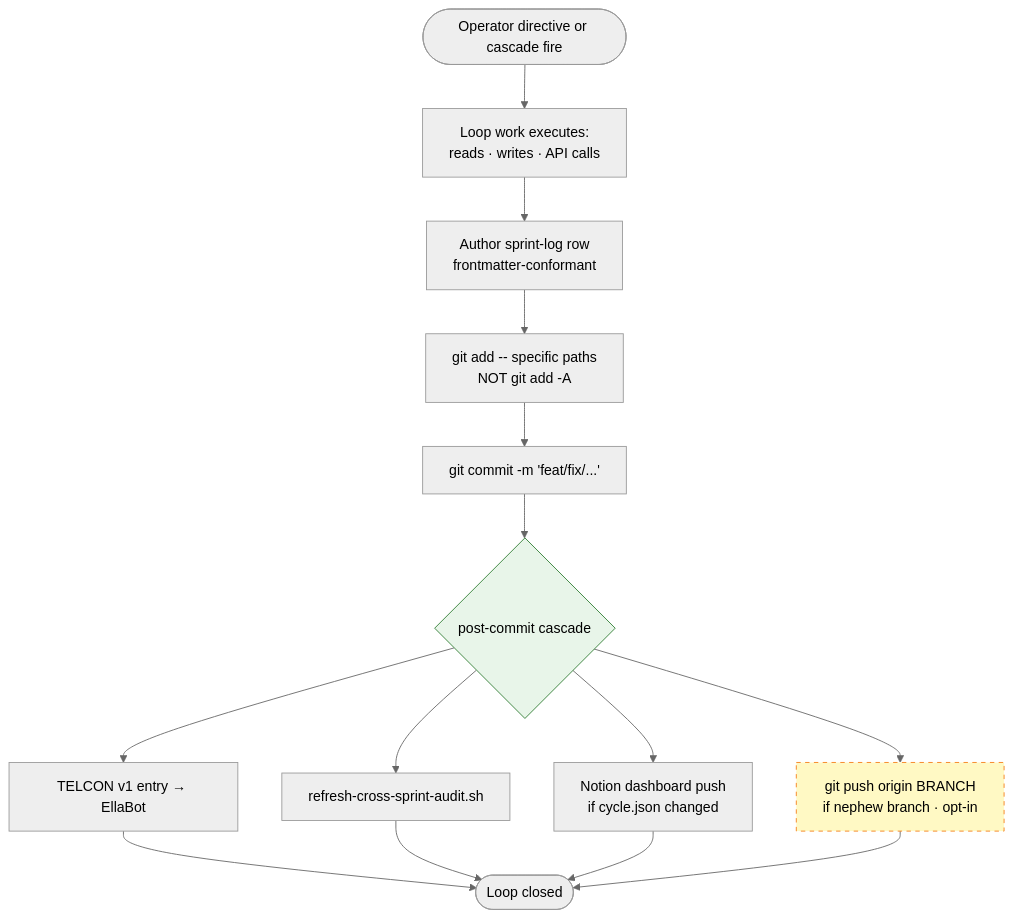
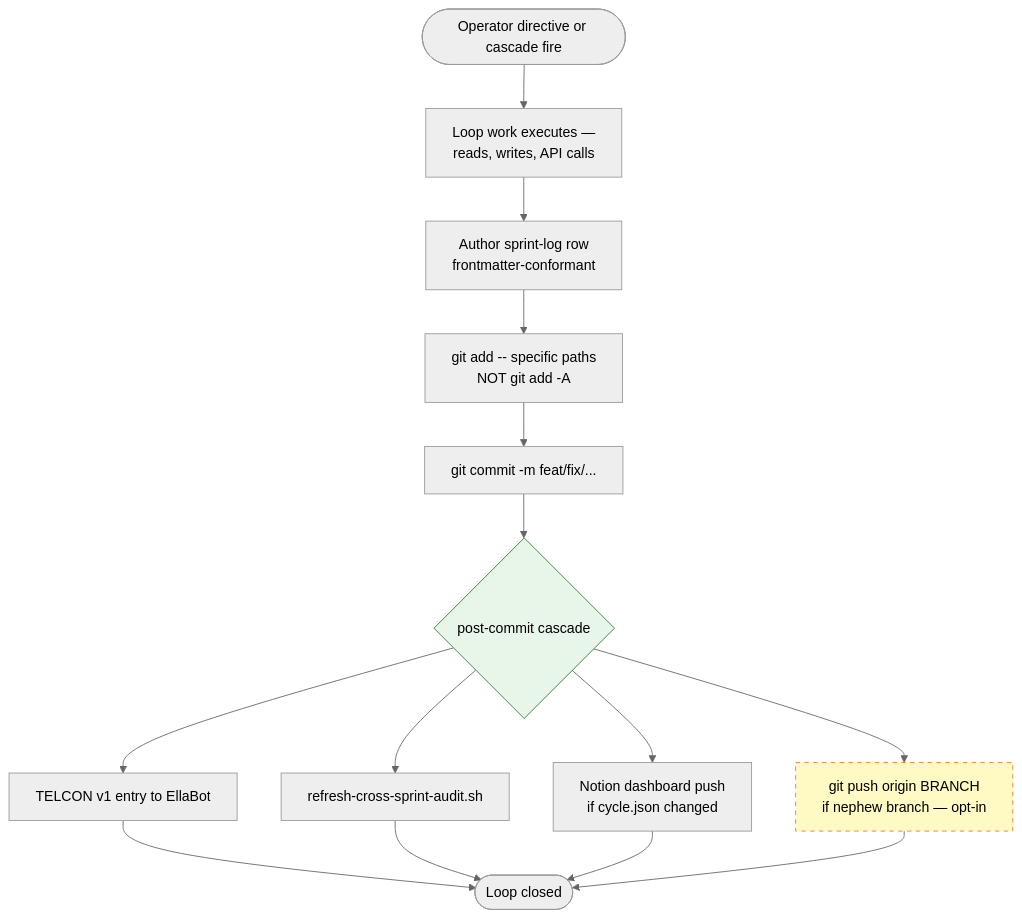
The third of 5 diagrams in docs/session-loop-orchestration.md (GreenTilden/dacumen), drawn with Mermaid (neutral theme) before and after one commit. The commit also changed other lines of this file, not shown here.

First line of the commit message:
fix(orchestration-doc): mermaid syntax — quote node labels, replace cylinder/parallelogram shapes that broke GitHub renderer

````diff
--- a/docs/session-loop-orchestration.md
+++ b/docs/session-loop-orchestration.md
@@ -74,19 +74,19 @@
 ```mermaid
 flowchart TB
-    Start([Operator directive or cascade fire]) --> Work[Loop work executes:<br/>reads · writes · API calls]
-    Work --> Row[Author sprint-log row<br/>frontmatter-conformant]
-    Row --> Stage[git add -- specific paths<br/>NOT git add -A]
-    Stage --> Commit[git commit -m 'feat/fix/...']
-    Commit --> Hooks{post-commit cascade}
-    Hooks --> Ledger[TELCON v1 entry → EllaBot]
-    Hooks --> Audit[refresh-cross-sprint-audit.sh]
-    Hooks --> Notion[Notion dashboard push<br/>if cycle.json changed]
-    Hooks --> AutoPush[git push origin BRANCH<br/>if nephew branch · opt-in]
-    Ledger --> Done([Loop closed])
+    Start(["Operator directive or cascade fire"]) --> Work["Loop work executes —<br/>reads, writes, API calls"]
+    Work --> Row["Author sprint-log row<br/>frontmatter-conformant"]
+    Row --> Stage["git add -- specific paths<br/>NOT git add -A"]
+    Stage --> Commit["git commit -m feat/fix/..."]
+    Commit --> Hooks{"post-commit cascade"}
+    Hooks --> Ledger["TELCON v1 entry to EllaBot"]
+    Hooks --> Audit["refresh-cross-sprint-audit.sh"]
+    Hooks --> Notion["Notion dashboard push<br/>if cycle.json changed"]
+    Hooks --> AutoPush["git push origin BRANCH<br/>if nephew branch — opt-in"]
+    Ledger --> Done(["Loop closed"])
     Audit --> Done
     Notion --> Done
     AutoPush --> Done
 
     style Hooks fill:#e8f5e9,stroke:#2e7d32
     style AutoPush fill:#fff9c4,stroke:#f57f17,stroke-dasharray: 5 5
 ```
````
